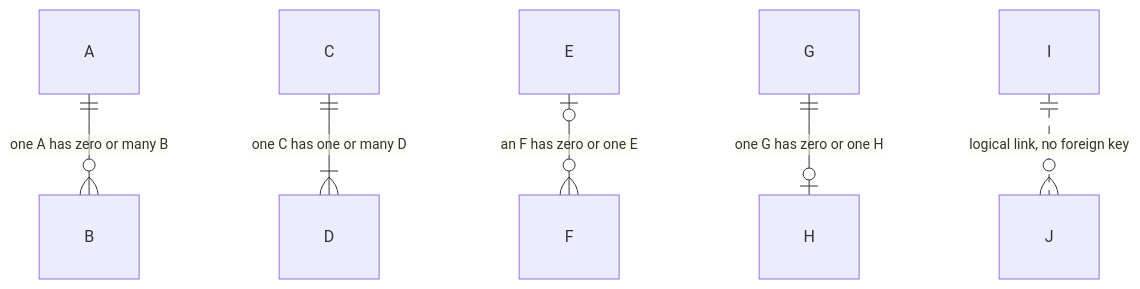
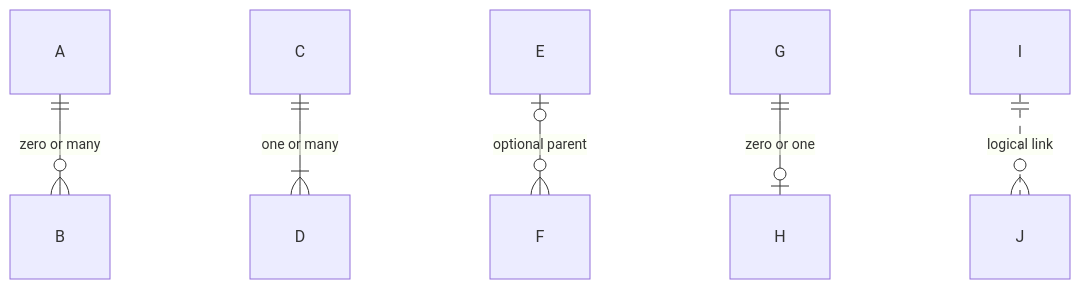
One commit to eminroot/veritas changed the diagram in docs/diagrams/erd-symbols.md. Above: the diagram before and after it, drawn with Mermaid. The commit also changed 60 other files, not shown here.

First line of the commit message:
Laptop screenshots in the readme, and diagrams readable at full size

````diff
--- a/docs/diagrams/erd-symbols.md
+++ b/docs/diagrams/erd-symbols.md
@@ -5,8 +5,8 @@
 ```mermaid
 erDiagram
-    A ||--o{ B : "one A has zero or many B"
-    C ||--|{ D : "one C has one or many D"
-    E |o--o{ F : "an F has zero or one E"
-    G ||--o| H : "one G has zero or one H"
-    I ||..o{ J : "logical link, no foreign key"
+    A ||--o{ B : "zero or many"
+    C ||--|{ D : "one or many"
+    E |o--o{ F : "optional parent"
+    G ||--o| H : "zero or one"
+    I ||..o{ J : "logical link"
 ```
````
